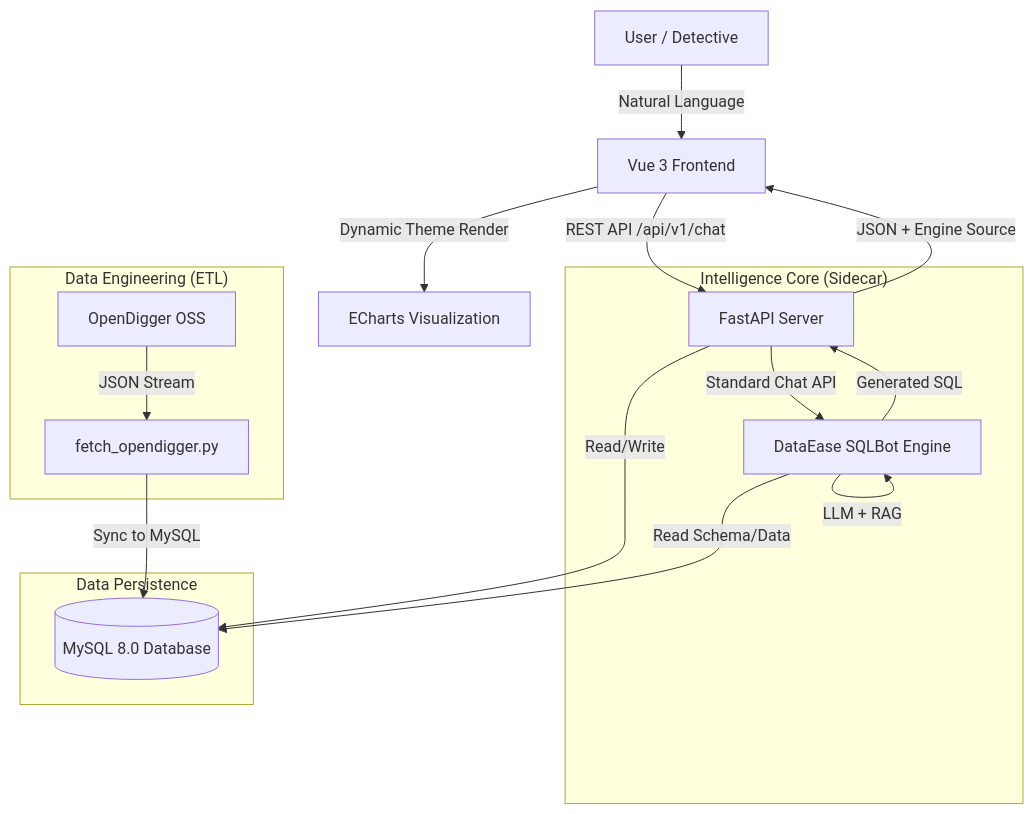
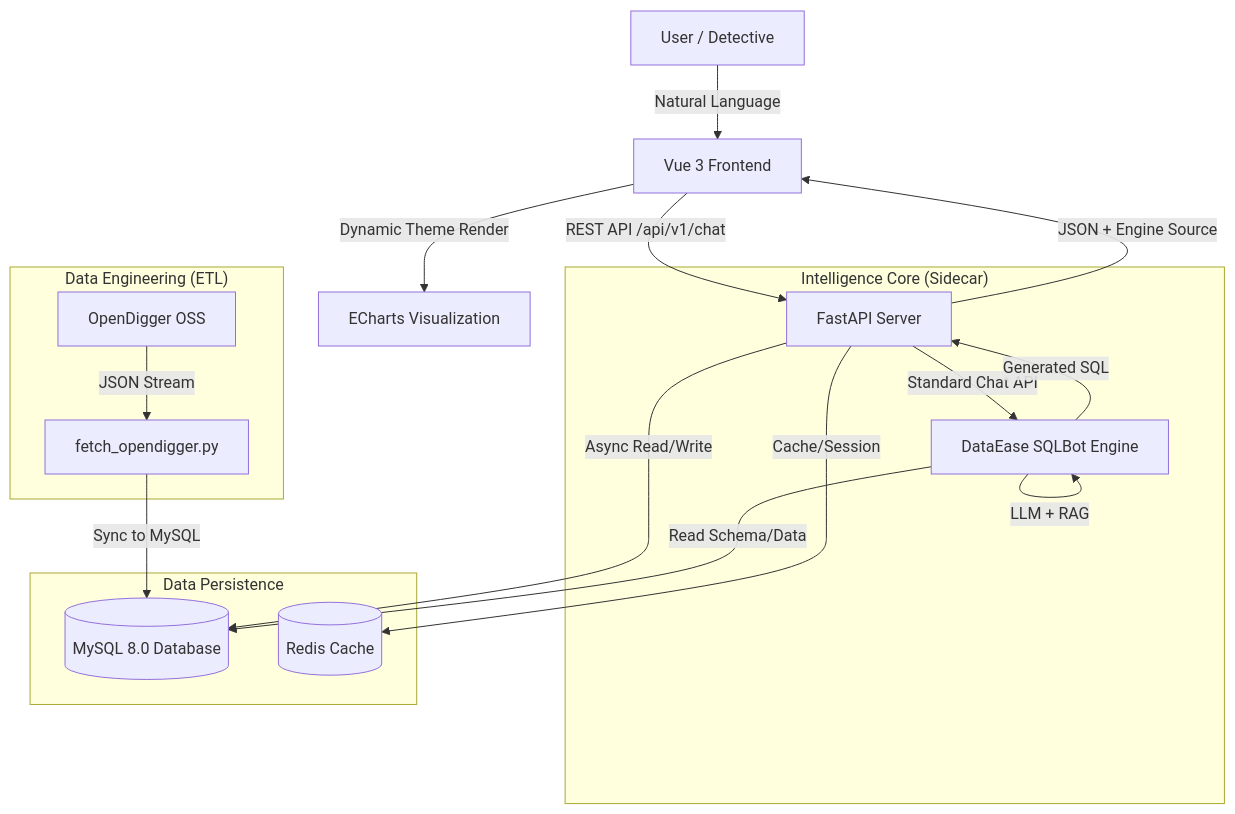
One commit to lyf-g/open-detective changed the diagram in docs/ARCHITECTURE.md. Above: the diagram before and after it, drawn with Mermaid. The commit also changed other lines of this file and 1 other file, not shown here.

Commit message:
docs: update README and Architecture for new features (issue #292)

````diff
--- a/docs/ARCHITECTURE.md
+++ b/docs/ARCHITECTURE.md
@@ -12,24 +12,25 @@
 ```mermaid
 graph TD
     User[User / Detective] -->|Natural Language| WebUI[Vue 3 Frontend]
     WebUI -->|REST API /api/v1/chat| Backend[FastAPI Server]
     
     subgraph "Intelligence Core (Sidecar)"
         Backend -->|Standard Chat API| SQLBot[DataEase SQLBot Engine]
         SQLBot -->|LLM + RAG| SQLBot
         SQLBot -->|Generated SQL| Backend
     end
     
     subgraph "Data Persistence"
-        Backend -->|Read/Write| DB[(MySQL 8.0 Database)]
+        Backend -->|Async Read/Write| DB[(MySQL 8.0 Database)]
+        Backend -->|Cache/Session| Redis[(Redis Cache)]
         SQLBot -->|Read Schema/Data| DB
     end
     
     subgraph "Data Engineering (ETL)"
         OD[OpenDigger OSS] -->|JSON Stream| ETL[fetch_opendigger.py]
         ETL -->|Sync to MySQL| DB
     end
     
     Backend -->|JSON + Engine Source| WebUI
     WebUI -->|Dynamic Theme Render| Charts[ECharts Visualization]
 ```
````
